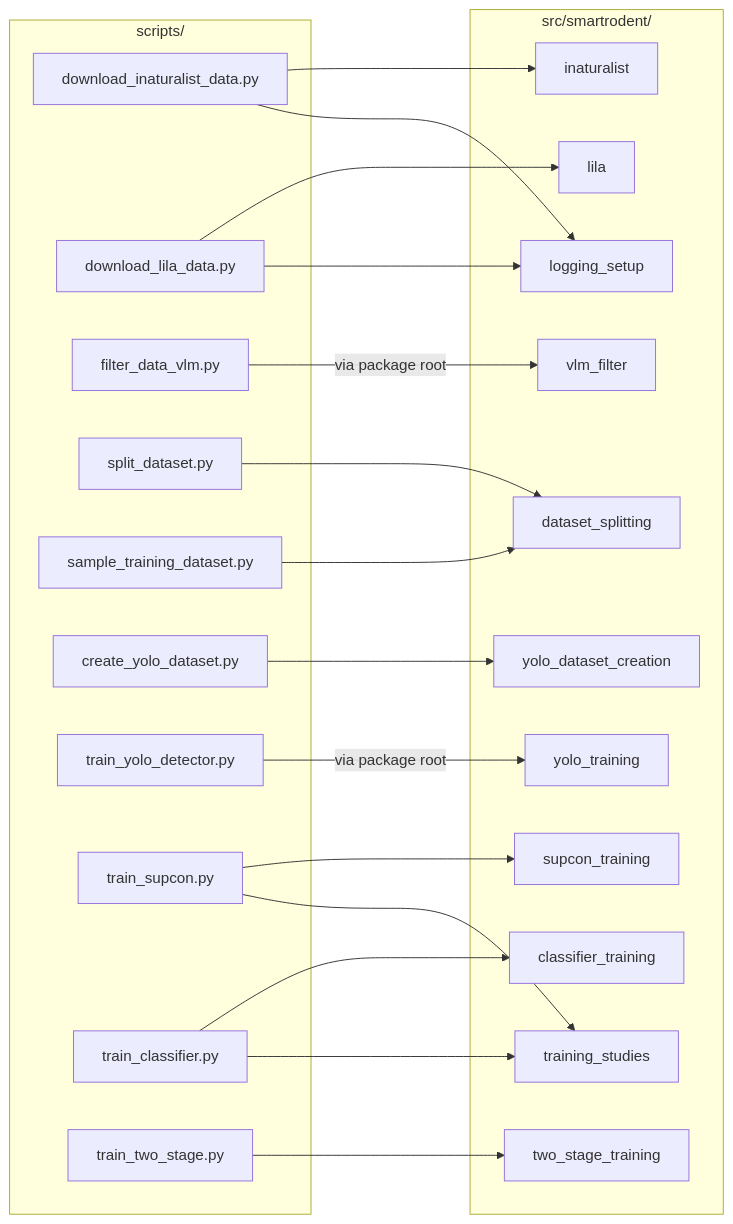
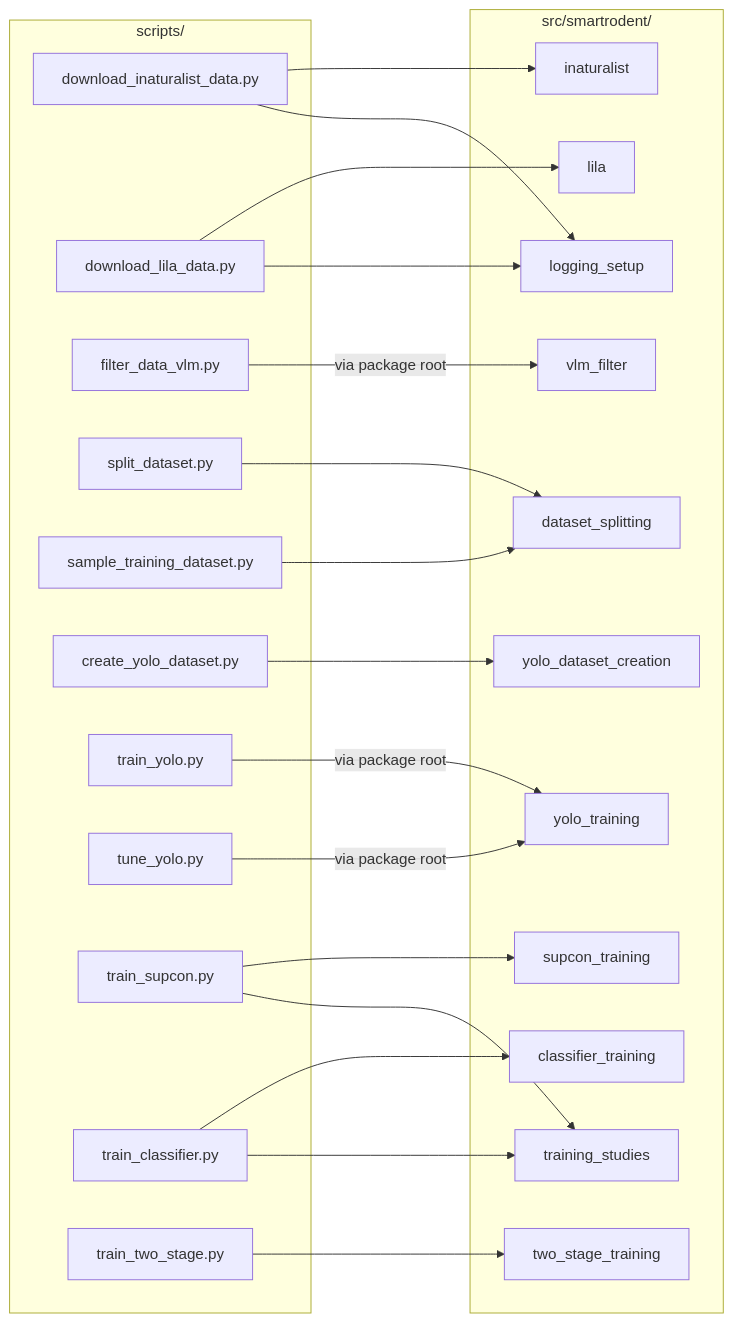
Before and after one commit to ssciwr/smartrodent_experiments: the first of 7 diagrams in README.md, drawn with Mermaid. The commit also changed other lines of this file and 18 other files, not shown here.

````diff
--- a/README.md
+++ b/README.md
@@ -154,44 +154,46 @@
 ```mermaid
 flowchart LR
     subgraph scripts["scripts/"]
         s_inat[download_inaturalist_data.py]
         s_lila[download_lila_data.py]
         s_filter[filter_data_vlm.py]
         s_split[split_dataset.py]
         s_sample[sample_training_dataset.py]
         s_yolo[create_yolo_dataset.py]
-        s_det[train_yolo_detector.py]
+        s_yolotrain[train_yolo.py]
+        s_yolotune[tune_yolo.py]
         s_supcon[train_supcon.py]
         s_clf[train_classifier.py]
         s_two[train_two_stage.py]
     end
 
     subgraph lib["src/smartrodent/"]
         inaturalist
         lila
         vlm_filter
         dataset_splitting
         yolo_dataset_creation
         yolo_training
         supcon_training
         classifier_training
         training_studies
         two_stage_training
         logging_setup
     end
 
     s_inat --> inaturalist
     s_inat --> logging_setup
     s_lila --> lila
     s_lila --> logging_setup
     s_filter -->|via package root| vlm_filter
     s_split --> dataset_splitting
     s_sample --> dataset_splitting
     s_yolo --> yolo_dataset_creation
-    s_det -->|via package root| yolo_training
+    s_yolotrain -->|via package root| yolo_training
+    s_yolotune -->|via package root| yolo_training
     s_supcon --> supcon_training
     s_supcon --> training_studies
     s_clf --> classifier_training
     s_clf --> training_studies
     s_two --> two_stage_training
 ```
````
